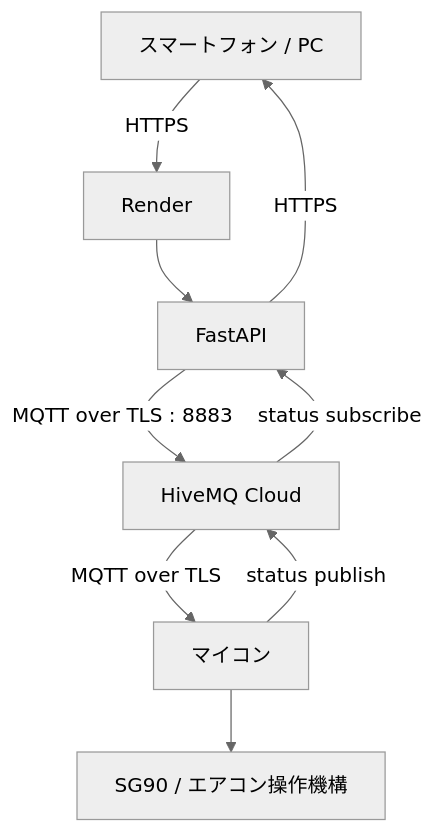
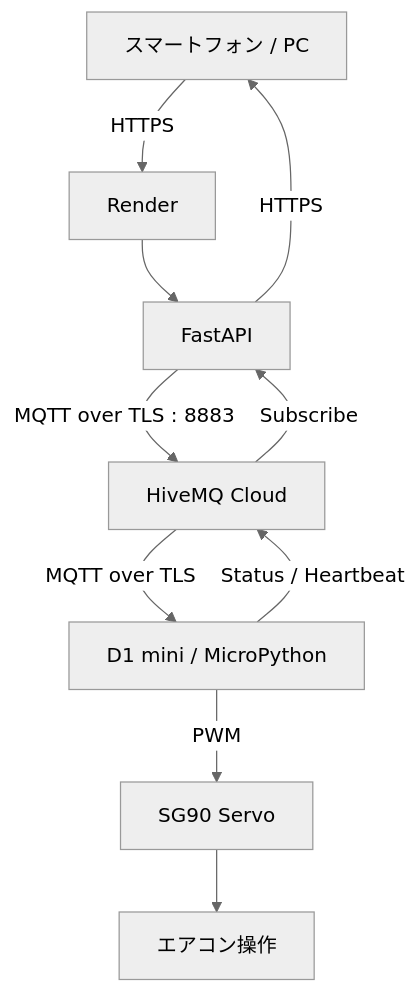
Before and after one commit to kcs-j02/my_app: the diagram in aircon_server/README.md, drawn with Mermaid (neutral theme). The commit also changed other lines of this file and 1 other file, not shown here.

````diff
--- a/aircon_server/README.md
+++ b/aircon_server/README.md
@@ -13,11 +43,22 @@
 ```mermaid
 flowchart TD
-    A[スマートフォン / PC] -->|HTTPS| B[Render]
+
+    A[スマートフォン / PC]
+        -->|HTTPS| B[Render]
+
     B --> C[FastAPI]
+
     C -->|MQTT over TLS : 8883| D[HiveMQ Cloud]
-    D -->|MQTT over TLS| E[マイコン]
-    E --> F[SG90 / エアコン操作機構]
-    E -->|status publish| D
-    D -->|status subscribe| C
+
+    D -->|MQTT over TLS| E[D1 mini / MicroPython]
+
+    E -->|PWM| F[SG90 Servo]
+
+    F --> G[エアコン操作]
+
+    E -->|Status / Heartbeat| D
+
+    D -->|Subscribe| C
+
     C -->|HTTPS| A
 ```
````
